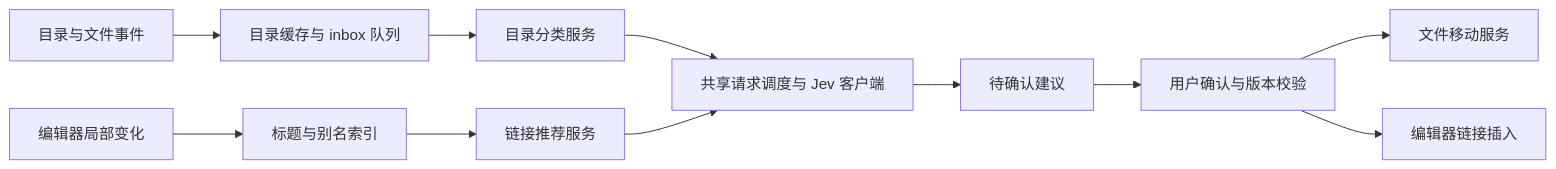
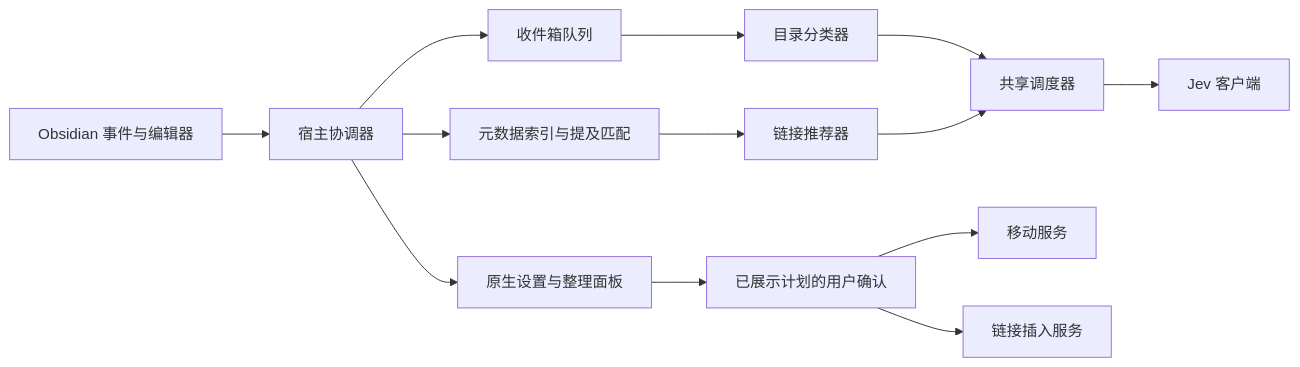
One commit to KineiChou/obsidian-homing changed the diagram in docs/technical-design.md. Above: the diagram before and after it, drawn with Mermaid. The commit also changed other lines of this file and 8 other files, not shown here.

````diff
--- a/docs/technical-design.md
+++ b/docs/technical-design.md
@@ -11,13 +25,15 @@
 ```mermaid
 flowchart LR
-    A[目录与文件事件] --> B[目录缓存与 inbox 队列]
-    B --> C[目录分类服务]
-    D[编辑器局部变化] --> E[标题与别名索引]
-    E --> F[链接推荐服务]
-    C --> G[共享请求调度与 Jev 客户端]
-    F --> G
-    G --> H[待确认建议]
-    H --> I[用户确认与版本校验]
-    I --> J[文件移动服务]
-    I --> K[编辑器链接插入]
+    Host[Obsidian 事件与编辑器] --> Controller[宿主协调器]
+    Controller --> Queue[收件箱队列]
+    Queue --> Classifier[目录分类器]
+    Controller --> Index[元数据索引与提及匹配]
+    Index --> Recommender[链接推荐器]
+    Classifier --> Scheduler[共享调度器]
+    Recommender --> Scheduler
+    Scheduler --> Jev[Jev 客户端]
+    Controller --> UI[原生设置与整理面板]
+    UI --> Confirm[已展示计划的用户确认]
+    Confirm --> Move[移动服务]
+    Confirm --> Link[链接插入服务]
 ```
````
